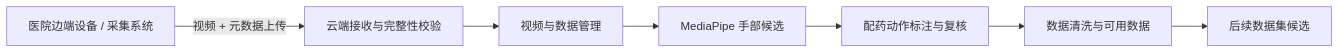
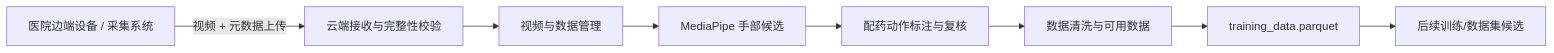
One commit to Soberis/medication-video-platform changed the first of 2 diagrams in docs/architecture/video-hand-pose-mvp-technical-design.md. Above: the diagram before and after it, drawn with Mermaid. The commit also changed other lines of this file and 23 other files, not shown here.

Commit message:
feat: complete lean p0 training data flow

````diff
--- a/docs/architecture/video-hand-pose-mvp-technical-design.md
+++ b/docs/architecture/video-hand-pose-mvp-technical-design.md
@@ -16,9 +16,10 @@
 ```mermaid
 flowchart LR
     E["医院边端设备 / 采集系统"] -->|"视频 + 元数据上传"| I["云端接收与完整性校验"]
     I --> V["视频与数据管理"]
     V --> H["MediaPipe 手部候选"]
     H --> A["配药动作标注与复核"]
     A --> C["数据清洗与可用数据"]
-    C --> D["后续数据集候选"]
+    C --> X["training_data.parquet"]
+    X --> D["后续训练/数据集候选"]
 ```
````
